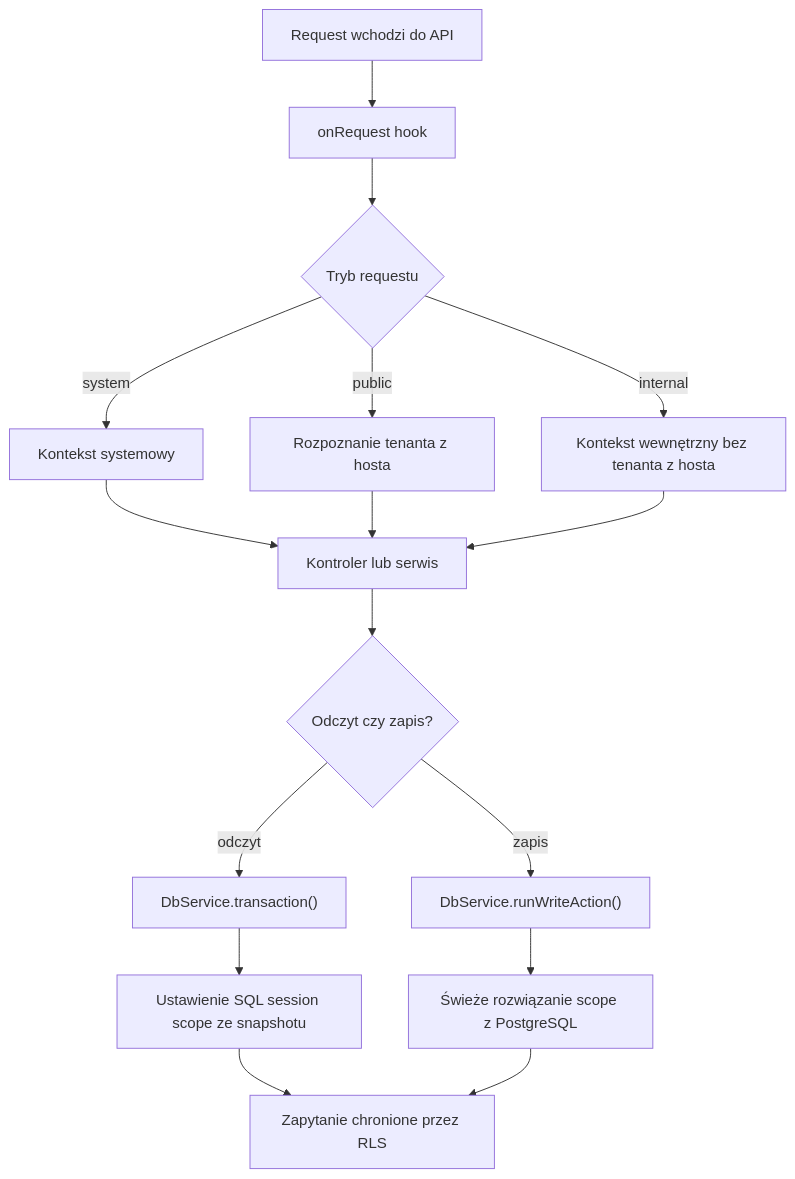
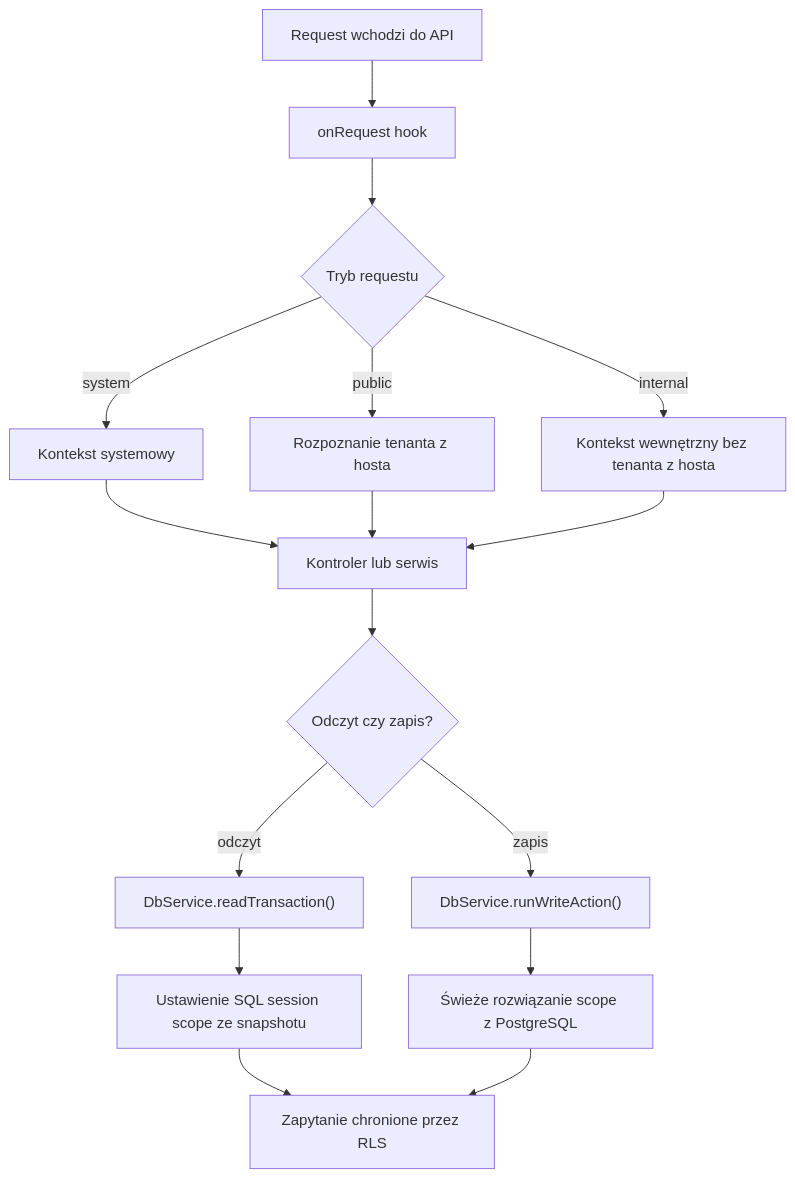
The diagram in docs/pl/how-it-works.md (pgbounce/rentapp), drawn with Mermaid before and after one commit. The commit also changed other lines of this file and 11 other files, not shown here.

````diff
--- a/docs/pl/how-it-works.md
+++ b/docs/pl/how-it-works.md
@@ -28,18 +28,18 @@
 ```mermaid
 flowchart TD
   A["Request wchodzi do API"] --> B["onRequest hook"]
   B --> C{"Tryb requestu"}
   C -->|system| D["Kontekst systemowy"]
   C -->|public| E["Rozpoznanie tenanta z hosta"]
   C -->|internal| F["Kontekst wewnętrzny bez tenanta z hosta"]
   D --> G["Kontroler lub serwis"]
   E --> G
   F --> G
   G --> H{"Odczyt czy zapis?"}
-  H -->|odczyt| I["DbService.transaction()"]
+  H -->|odczyt| I["DbService.readTransaction()"]
   H -->|zapis| J["DbService.runWriteAction()"]
   I --> K["Ustawienie SQL session scope ze snapshotu"]
   J --> L["Świeże rozwiązanie scope z PostgreSQL"]
   K --> M["Zapytanie chronione przez RLS"]
   L --> M
 ```
````
